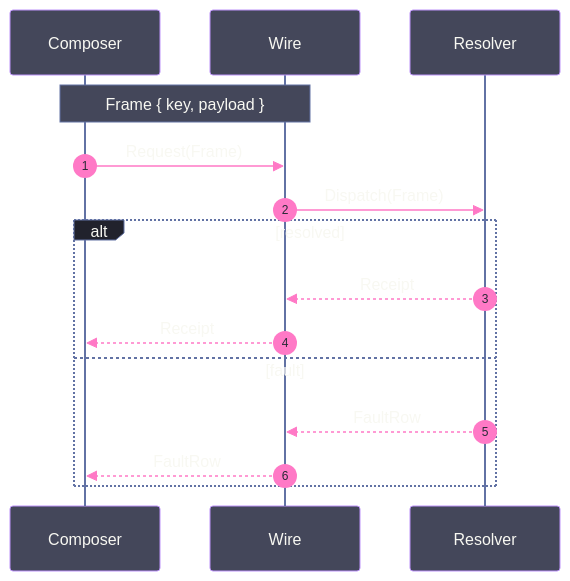
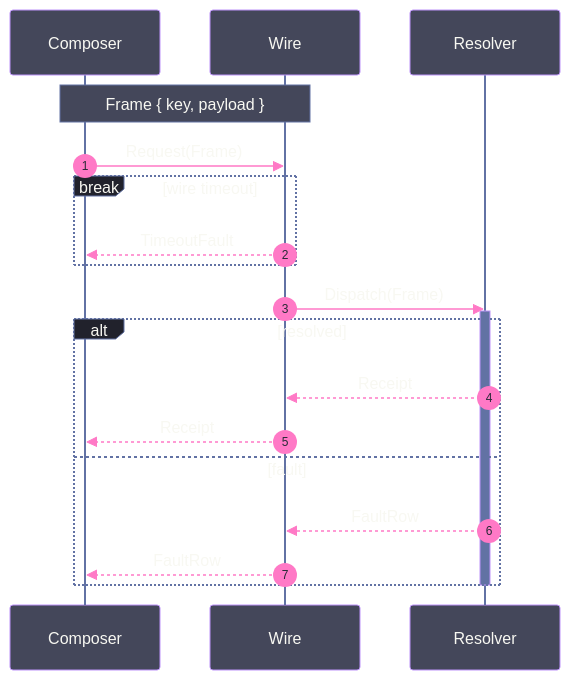
Before and after one commit to bsamiee/Rasm: the diagram in .claude/skills/mermaid-diagramming/templates/wire-sequence.mmd.md, drawn with Mermaid. The commit also changed other lines of this file and 38 other files, not shown here.

````diff
--- a/.claude/skills/mermaid-diagramming/templates/wire-sequence.mmd.md
+++ b/.claude/skills/mermaid-diagramming/templates/wire-sequence.mmd.md
@@ -5,43 +5,48 @@
 ```mermaid
 ---
 config:
   theme: base
   themeVariables:
     darkMode: true
     background: "#282A36"
     primaryColor: "#44475A"
     primaryTextColor: "#F8F8F2"
     actorBkg: "#44475A"
     actorBorder: "#BD93F9"
     actorTextColor: "#F8F8F2"
     actorLineColor: "#6272A4"
     signalColor: "#FF79C6"
     signalTextColor: "#F8F8F2"
     noteBkgColor: "#44475A"
     noteTextColor: "#F8F8F2"
     noteBorderColor: "#6272A4"
     activationBkgColor: "#6272A4"
     activationBorderColor: "#BD93F9"
     loopTextColor: "#F8F8F2"
     labelBoxBkgColor: "#21222C"
     labelBoxBorderColor: "#6272A4"
     labelTextColor: "#F8F8F2"
 ---
 sequenceDiagram
     accTitle: Wire exchange
-    accDescr: Ordered request and response across a process boundary with a success versus fault alternative and the frame shape noted over the wire.
+    accDescr: Ordered request and response across a process boundary with a success versus fault alternative, a timeout break, and the frame shape noted over the wire.
     autonumber
     participant C as Composer
     participant W as Wire
     participant R as Resolver
     Note over C,W: Frame { key, payload }
     C->>W: Request(Frame)
+    break wire timeout
+        W-->>C: TimeoutFault
+    end
     W->>R: Dispatch(Frame)
+    activate R
     alt resolved
         R-->>W: Receipt
         W-->>C: Receipt
     else fault
         R-->>W: FaultRow
         W-->>C: FaultRow
     end
+    deactivate R
 ```
````
